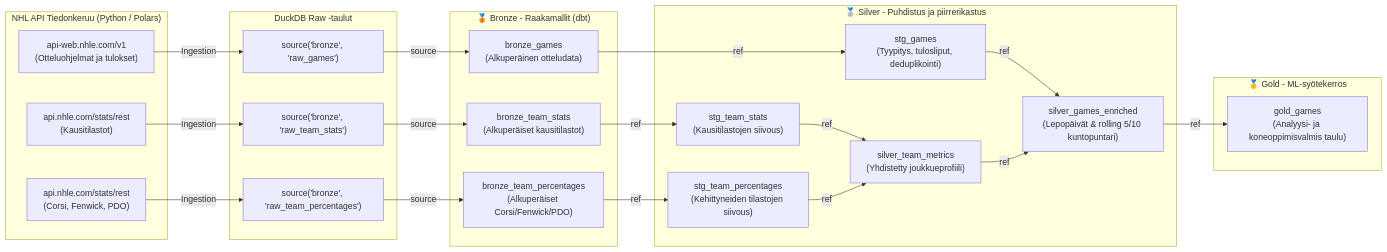
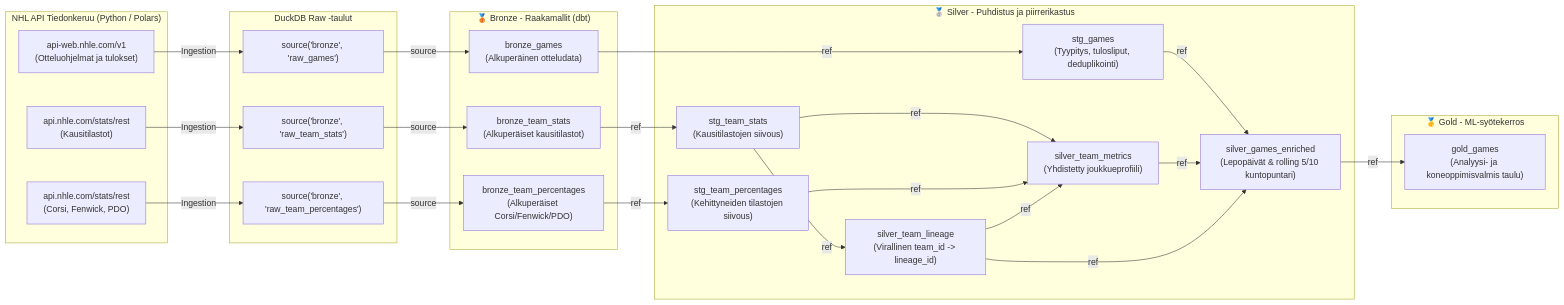
Before and after one commit to sahti-stack/Bytebuddies-nhl-predictor: the diagram in docs/dbt_lineage_kaavio.md, drawn with Mermaid. The commit also changed other lines of this file and 12 other files, not shown here.

Commit message:
fix(dbt): preserve franchise lineage across team relocations

````diff
--- a/docs/dbt_lineage_kaavio.md
+++ b/docs/dbt_lineage_kaavio.md
@@ -9,62 +9,66 @@
 ```mermaid
 graph LR
     %% Lähteet (NHL API)
     subgraph Ingestion ["NHL API Tiedonkeruu (Python / Polars)"]
         API1["api-web.nhle.com/v1<br>(Otteluohjelmat ja tulokset)"]
         API2["api.nhle.com/stats/rest<br>(Kausitilastot)"]
         API3["api.nhle.com/stats/rest<br>(Corsi, Fenwick, PDO)"]
     end
 
     %% DuckDB Raw Sources
     subgraph Sources ["DuckDB Raw -taulut"]
         raw_games["source('bronze', 'raw_games')"]
         raw_team_stats["source('bronze', 'raw_team_stats')"]
         raw_team_percentages["source('bronze', 'raw_team_percentages')"]
     end
 
     %% Bronze
     subgraph Bronze ["🥉 Bronze - Raakamallit (dbt)"]
         bronze_games["bronze_games<br/>(Alkuperäinen otteludata)"]
         bronze_team_stats["bronze_team_stats<br/>(Alkuperäiset kausitilastot)"]
         bronze_team_percentages["bronze_team_percentages<br/>(Alkuperäiset Corsi/Fenwick/PDO)"]
     end
 
     %% Silver
     subgraph Silver ["🥈 Silver - Puhdistus ja piirrerikastus"]
         stg_games["stg_games<br/>(Tyypitys, tulosliput, deduplikointi)"]
         stg_team_stats["stg_team_stats<br/>(Kausitilastojen siivous)"]
         stg_team_percentages["stg_team_percentages<br/>(Kehittyneiden tilastojen siivous)"]
+        silver_team_lineage["silver_team_lineage<br/>(Virallinen team_id -> lineage_id)"]
         silver_team_metrics["silver_team_metrics<br/>(Yhdistetty joukkueprofiili)"]
         silver_games_enriched["silver_games_enriched<br/>(Lepopäivät & rolling 5/10 kuntopuntari)"]
     end
 
     %% Gold
     subgraph Gold ["🥇 Gold - ML-syötekerros"]
         gold_games["gold_games<br/>(Analyysi- ja koneoppimisvalmis taulu)"]
     end
 
     %% API Ingestion -> Raw
     API1 -->|Ingestion| raw_games
     API2 -->|Ingestion| raw_team_stats
     API3 -->|Ingestion| raw_team_percentages
 
     %% Raw -> Bronze Models
     raw_games -->|source| bronze_games
     raw_team_stats -->|source| bronze_team_stats
     raw_team_percentages -->|source| bronze_team_percentages
 
     %% Bronze -> Silver Staging
     bronze_games -->|ref| stg_games
     bronze_team_stats -->|ref| stg_team_stats
     bronze_team_percentages -->|ref| stg_team_percentages
 
     %% Silver Joins & Transforms
+    stg_team_stats -->|ref| silver_team_lineage
     stg_team_stats -->|ref| silver_team_metrics
     stg_team_percentages -->|ref| silver_team_metrics
+    silver_team_lineage -->|ref| silver_team_metrics
 
     stg_games -->|ref| silver_games_enriched
     silver_team_metrics -->|ref| silver_games_enriched
+    silver_team_lineage -->|ref| silver_games_enriched
 
     %% Silver -> Gold
     silver_games_enriched -->|ref| gold_games
 ```
````
